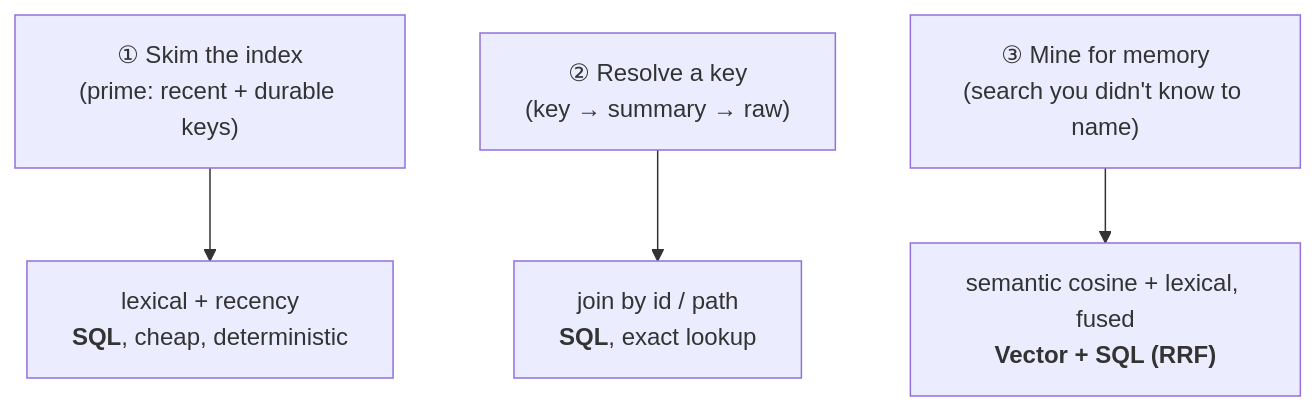
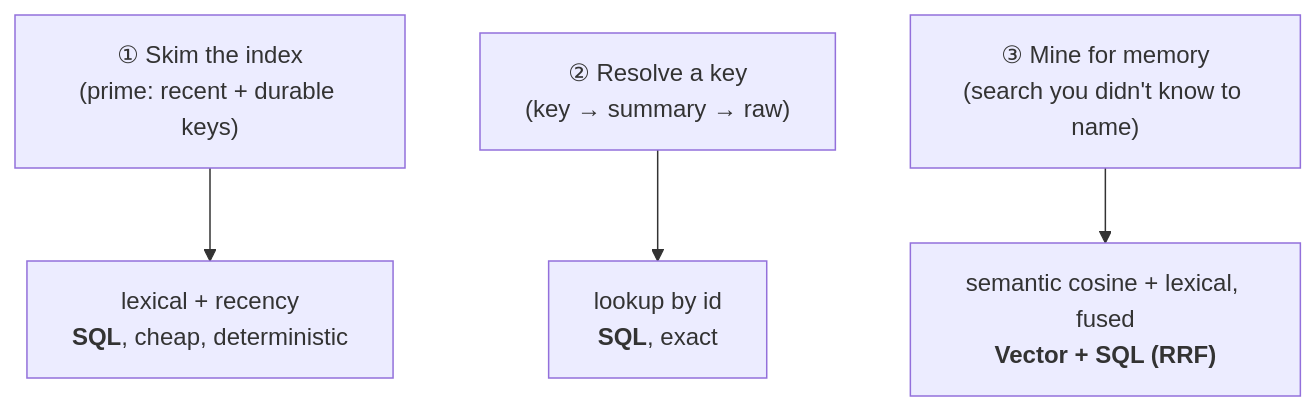
Before and after one commit to legioncodeinc/honeycomb: the diagram in library/knowledge/private/ai/hybrid-sql-vector-rationale.md, drawn with Mermaid. The commit also changed other lines of this file and 279 other files, not shown here.

````diff
--- a/library/knowledge/private/ai/hybrid-sql-vector-rationale.md
+++ b/library/knowledge/private/ai/hybrid-sql-vector-rationale.md
@@ -32,6 +32,6 @@
 ```mermaid
 flowchart TD
     A["① Skim the index<br/>(prime: recent + durable keys)"] --> SQLa["lexical + recency<br/><b>SQL</b>, cheap, deterministic"]
-    B["② Resolve a key<br/>(key → summary → raw)"] --> SQLb["join by id / path<br/><b>SQL</b>, exact lookup"]
+    B["② Resolve a key<br/>(key → summary → raw)"] --> SQLb["lookup by id<br/><b>SQL</b>, exact"]
     C["③ Mine for memory<br/>(search you didn't know to name)"] --> VEC["semantic cosine + lexical, fused<br/><b>Vector + SQL (RRF)</b>"]
 ```
````
